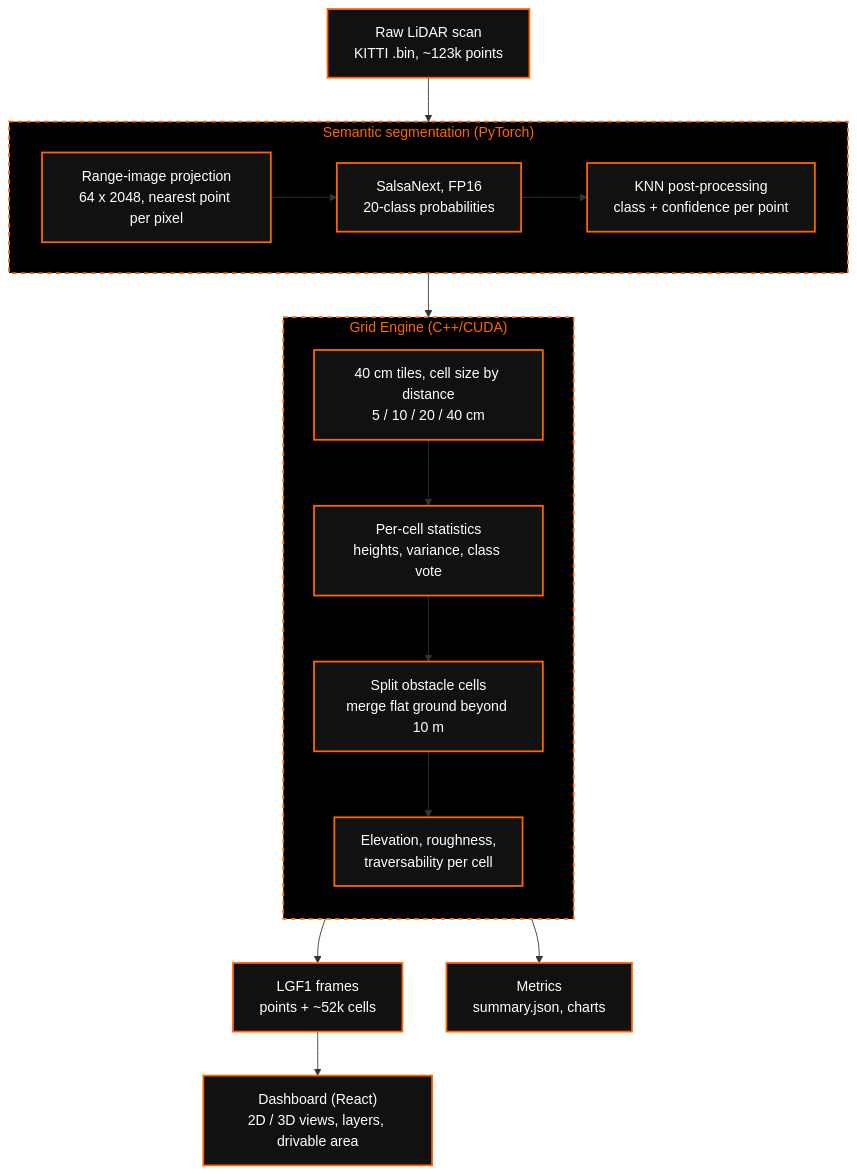
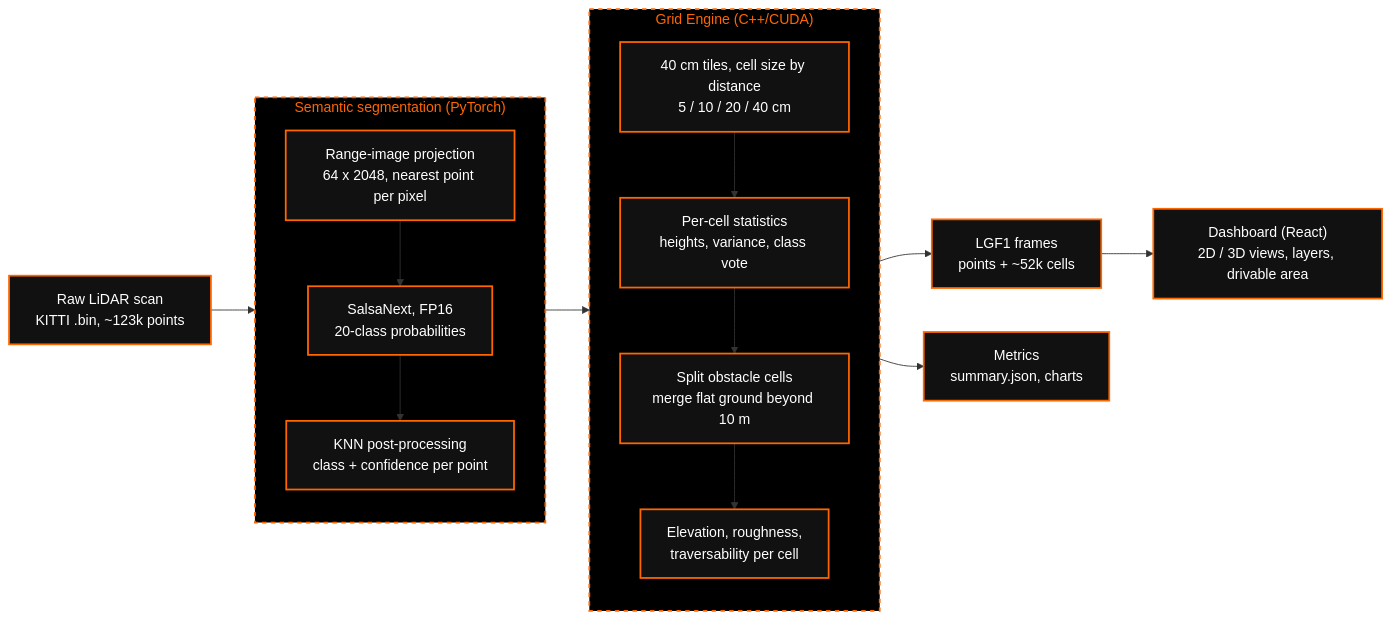
The first of 2 diagrams in README.md (point-matrix/AS2.5LM), drawn with Mermaid before and after one commit.

````diff
--- a/README.md
+++ b/README.md
@@ -30,27 +30,27 @@
 ```mermaid
-flowchart TD
+flowchart LR
     classDef default fill:#111111,stroke:#FF6600,stroke-width:2px,color:#FFFFFF;
     style SEG fill:#000000,stroke:#FF6600,stroke-width:2px,color:#FF6600,stroke-dasharray: 5 5;
     style GRID fill:#000000,stroke:#FF6600,stroke-width:2px,color:#FF6600,stroke-dasharray: 5 5;
 
-    A["Raw LiDAR scan<br/>KITTI .bin, ~123k points"] --> B
+    A["Raw LiDAR scan<br/>KITTI .bin, ~123k points"] --> SEG
 
     subgraph SEG["Semantic segmentation (PyTorch)"]
-        direction LR
+        direction TB
         B["Range-image projection<br/>64 x 2048, nearest point per pixel"] --> C["SalsaNext, FP16<br/>20-class probabilities"]
         C --> D["KNN post-processing<br/>class + confidence per point"]
     end
 
-    D --> E
+    SEG --> GRID
 
     subgraph GRID["Grid Engine (C++/CUDA)"]
         direction TB
         E["40 cm tiles, cell size by distance<br/>5 / 10 / 20 / 40 cm"] --> F["Per-cell statistics<br/>heights, variance, class vote"]
         F --> G["Split obstacle cells<br/>merge flat ground beyond 10 m"]
         G --> H["Elevation, roughness,<br/>traversability per cell"]
     end
 
-    H --> I["LGF1 frames<br/>points + ~52k cells"]
-    H --> K["Metrics<br/>summary.json, charts"]
+    GRID --> I["LGF1 frames<br/>points + ~52k cells"]
+    GRID --> K["Metrics<br/>summary.json, charts"]
     I --> J["Dashboard (React)<br/>2D / 3D views, layers, drivable area"]
 ```
````
